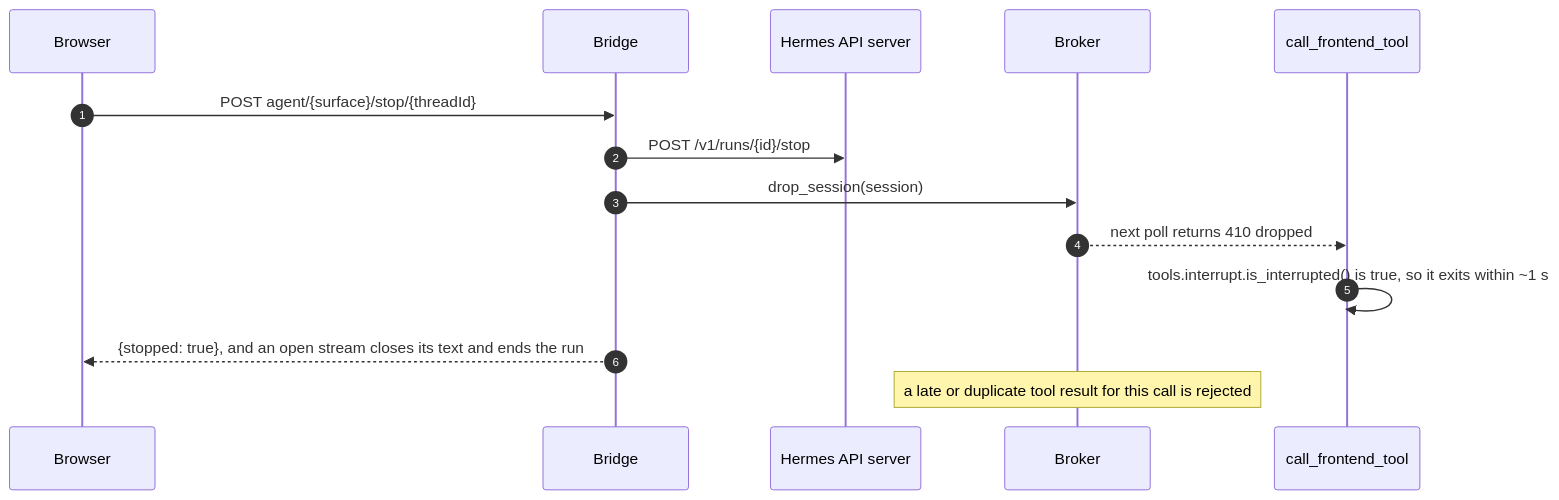
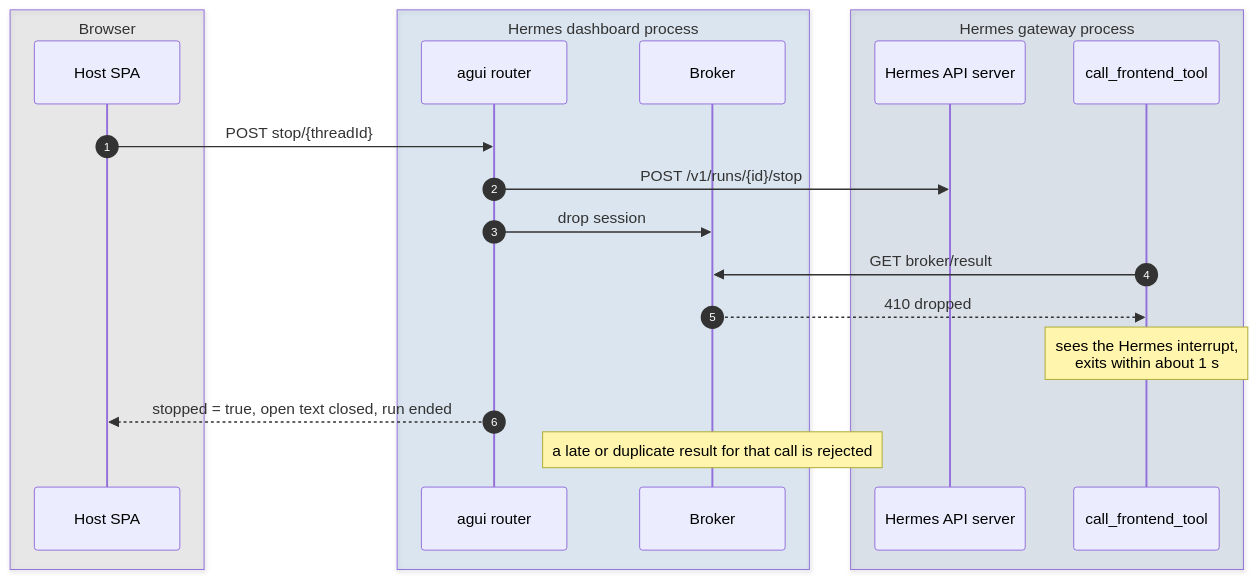
The seventh of 9 diagrams in ARCHITECTURE.md (ejlevin1/hermes-agui), drawn with Mermaid before and after one commit. The commit also changed other lines of this file, not shown here.

Commit message:
docs: readable architecture diagrams (C4 as flowcharts with runtime kinds, consistent names, process boxes in sequences)

````diff
--- a/ARCHITECTURE.md
+++ b/ARCHITECTURE.md
@@ -212,17 +280,24 @@
 ```mermaid
 sequenceDiagram
   autonumber
-  participant B as Browser
-  participant R as Bridge
-  participant H as Hermes API server
-  participant K as Broker
-  participant P as call_frontend_tool
+  box rgba(120,120,120,0.12) Browser
+    participant SPA as Host SPA
+  end
+  box rgba(17,104,189,0.12) Hermes dashboard process
+    participant RT as agui router
+    participant BR as Broker
+  end
+  box rgba(8,66,123,0.12) Hermes gateway process
+    participant API as Hermes API server
+    participant FT as call_frontend_tool
+  end
 
-  B->>R: POST agent/{surface}/stop/{threadId}
-  R->>H: POST /v1/runs/{id}/stop
-  R->>K: drop_session(session)
-  K-->>P: next poll returns 410 dropped
-  P->>P: tools.interrupt.is_interrupted() is true, so it exits within ~1 s
-  R-->>B: {stopped: true}, and an open stream closes its text and ends the run
-  Note over K: a late or duplicate tool result for this call is rejected
+  SPA->>RT: POST stop/{threadId}
+  RT->>API: POST /v1/runs/{id}/stop
+  RT->>BR: drop session
+  FT->>BR: GET broker/result
+  BR-->>FT: 410 dropped
+  Note over FT: sees the Hermes interrupt,<br/>exits within about 1 s
+  RT-->>SPA: stopped = true, open text closed, run ended
+  Note over BR: a late or duplicate result for that call is rejected
 ```
````
